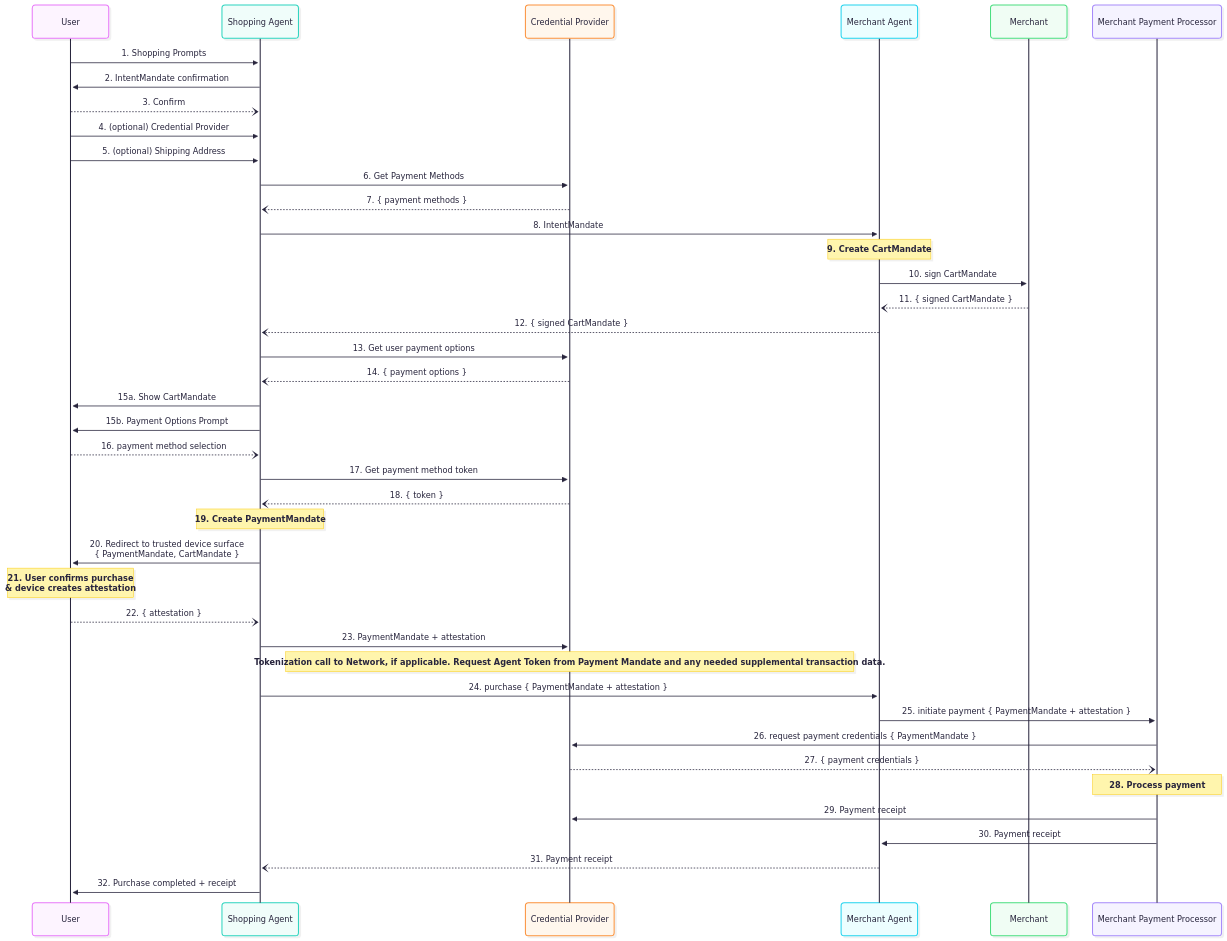
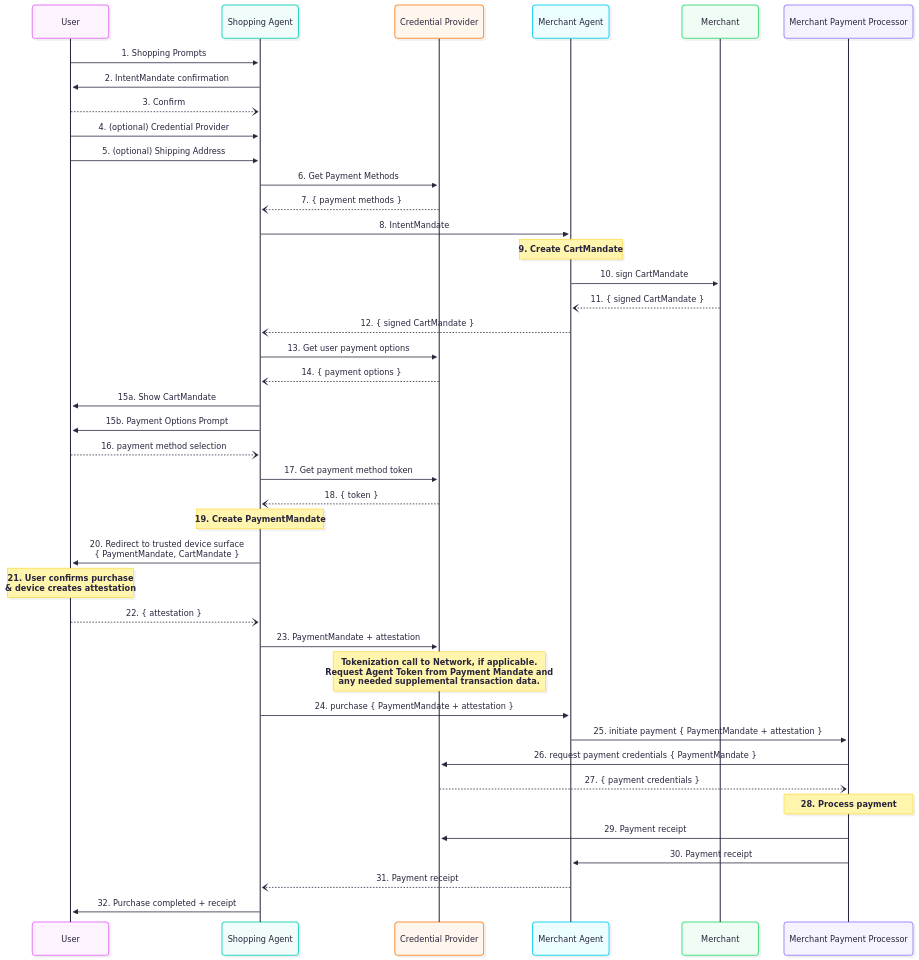
One commit to google-agentic-commerce/AP2 changed the diagram in docs/specification.md. Above: the diagram before and after it, drawn with Mermaid.

Commit message:
maintenance: add line breaks to seq diagrm box

````diff
--- a/docs/specification.md
+++ b/docs/specification.md
@@ -274,65 +274,65 @@
 ```mermaid
 ---
 config:
   look: neo
   theme: redux-color
 ---
 sequenceDiagram
     participant user as User
     participant sa   as Shopping Agent
     participant cp   as Credential Provider
     participant ma   as Merchant Agent
     participant m    as Merchant
     participant mpp  as Merchant Payment Processor
 
     user ->> sa: 1. Shopping Prompts
     sa   ->> user: 2. IntentMandate confirmation
     user --) sa: 3. Confirm
 
     user ->> sa: 4. (optional) Credential Provider
     user ->> sa: 5. (optional) Shipping Address
 
     sa ->> cp: 6. Get Payment Methods
     cp --) sa: 7. { payment methods }
 
     sa ->> ma: 8. IntentMandate
     note over ma: 9. Create CartMandate
 
     ma ->> m: 10. sign CartMandate
     m --) ma: 11. { signed CartMandate }
 
     ma --) sa: 12. { signed CartMandate }
 
     sa ->> cp: 13. Get user payment options
     cp --) sa: 14. { payment options }
 
     sa ->> user: 15a. Show CartMandate
     sa ->> user: 15b. Payment Options Prompt
 
     user --) sa: 16. payment method selection
 
     sa ->> cp: 17. Get payment method token
     cp --) sa: 18. { token }
 
     note over sa: 19. Create PaymentMandate
 
     sa ->> user: 20. Redirect to trusted device surface<br/>{ PaymentMandate, CartMandate }
     note over user: 21. User confirms purchase<br/>& device creates attestation
     user --) sa: 22. { attestation }
 
     sa ->> cp: 23. PaymentMandate + attestation
 
-    note over cp: Tokenization call to Network, if applicable. Request Agent Token from Payment Mandate and any needed supplemental transaction data.
+    note over cp: Tokenization call to Network, if applicable.<br/>Request Agent Token from Payment Mandate and<br/>any needed supplemental transaction data.
 
     sa ->> ma: 24. purchase { PaymentMandate + attestation }
 
     ma  ->> mpp: 25. initiate payment { PaymentMandate + attestation }
     mpp ->> cp:  26. request payment credentials { PaymentMandate }
     cp  --) mpp: 27. { payment credentials }
 
     note over mpp: 28. Process payment
     mpp ->> cp: 29. Payment receipt
     mpp ->> ma: 30. Payment receipt
     ma  --) sa: 31. Payment receipt
     sa  ->> user: 32. Purchase completed + receipt
 ```
````
